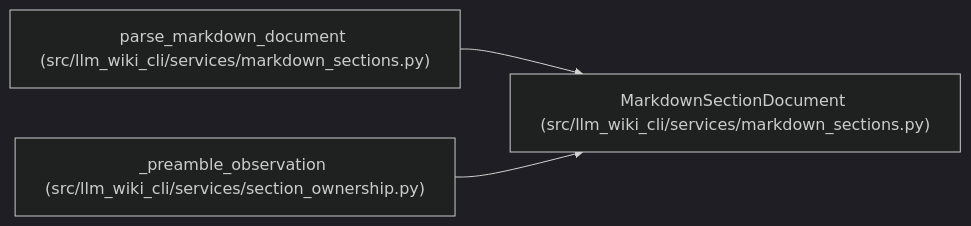
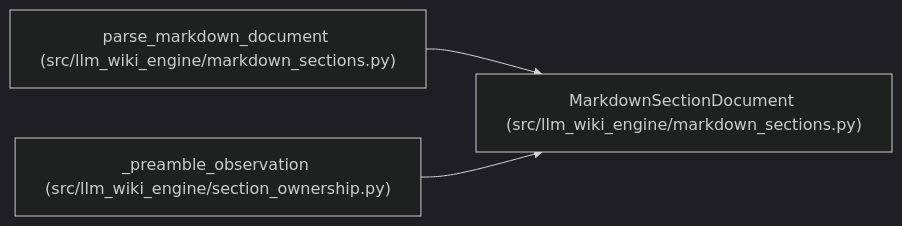
The diagram in docs/llm_wiki/entities/MarkdownSectionDocument.md (Denissvgn/python-wiki-llm), drawn with Mermaid (dark theme) before and after one commit. The commit also changed other lines of this file and 1103 other files, not shown here.

First line of the commit message:
docs: refresh the wiki for the llm-wiki-engine distribution

````diff
--- a/docs/llm_wiki/entities/MarkdownSectionDocument.md
+++ b/docs/llm_wiki/entities/MarkdownSectionDocument.md
@@ -36,11 +36,11 @@
 ```mermaid
 flowchart LR
-    n0["MarkdownSectionDocument (src/llm_wiki_cli/services/markdown_sections.py)"]
-    n1["parse_markdown_document (src/llm_wiki_cli/services/markdown_sections.py)"]
-    n2["_preamble_observation (src/llm_wiki_cli/services/section_ownership.py)"]
+    n0["MarkdownSectionDocument (src/llm_wiki_engine/markdown_sections.py)"]
+    n1["parse_markdown_document (src/llm_wiki_engine/markdown_sections.py)"]
+    n2["_preamble_observation (src/llm_wiki_engine/section_ownership.py)"]
     n1 --> n0
     n2 --> n0
     click n0 "../modules/markdown_sections.md"
     click n1 "../modules/markdown_sections.md"
     click n2 "../modules/section_ownership.md"
 ```
````
